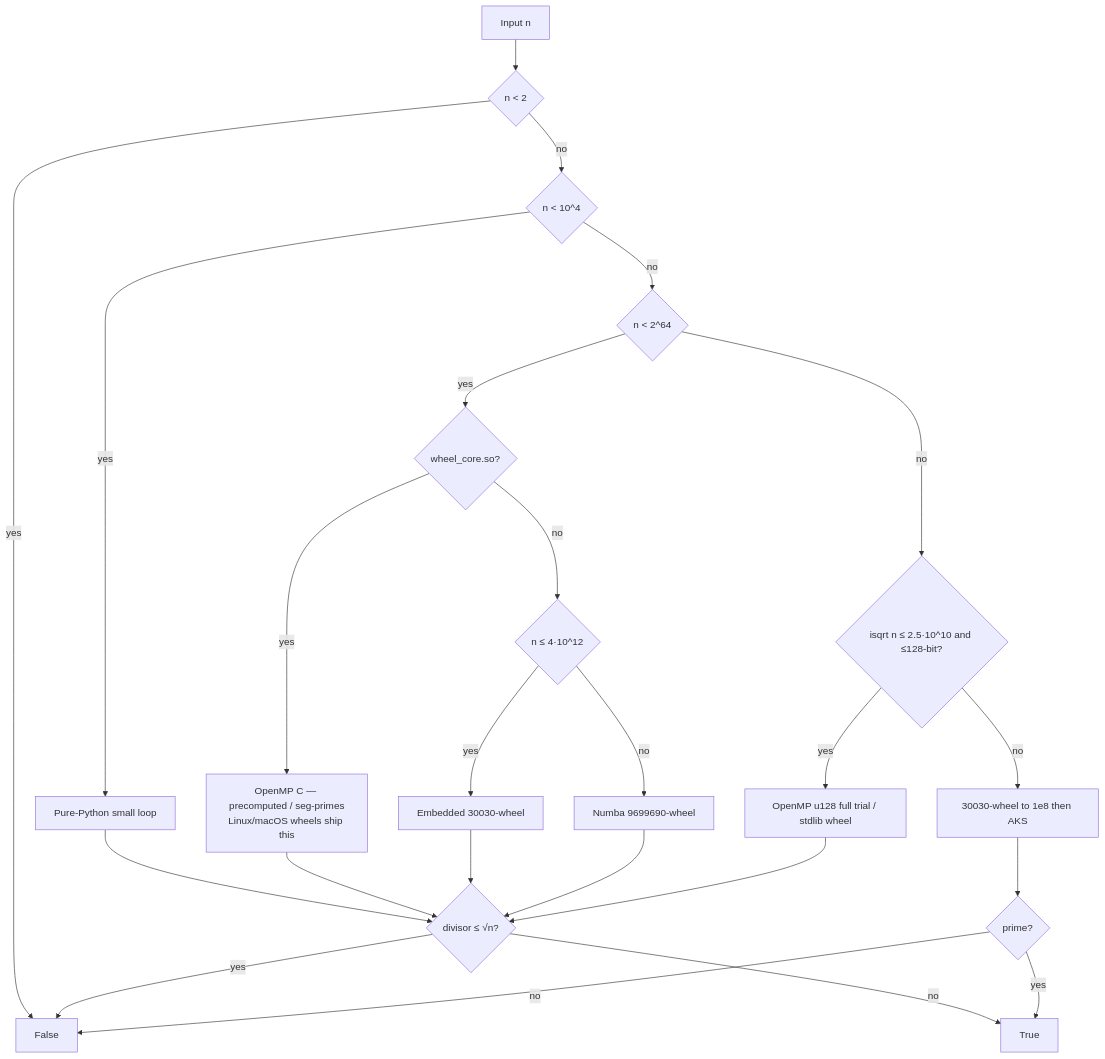
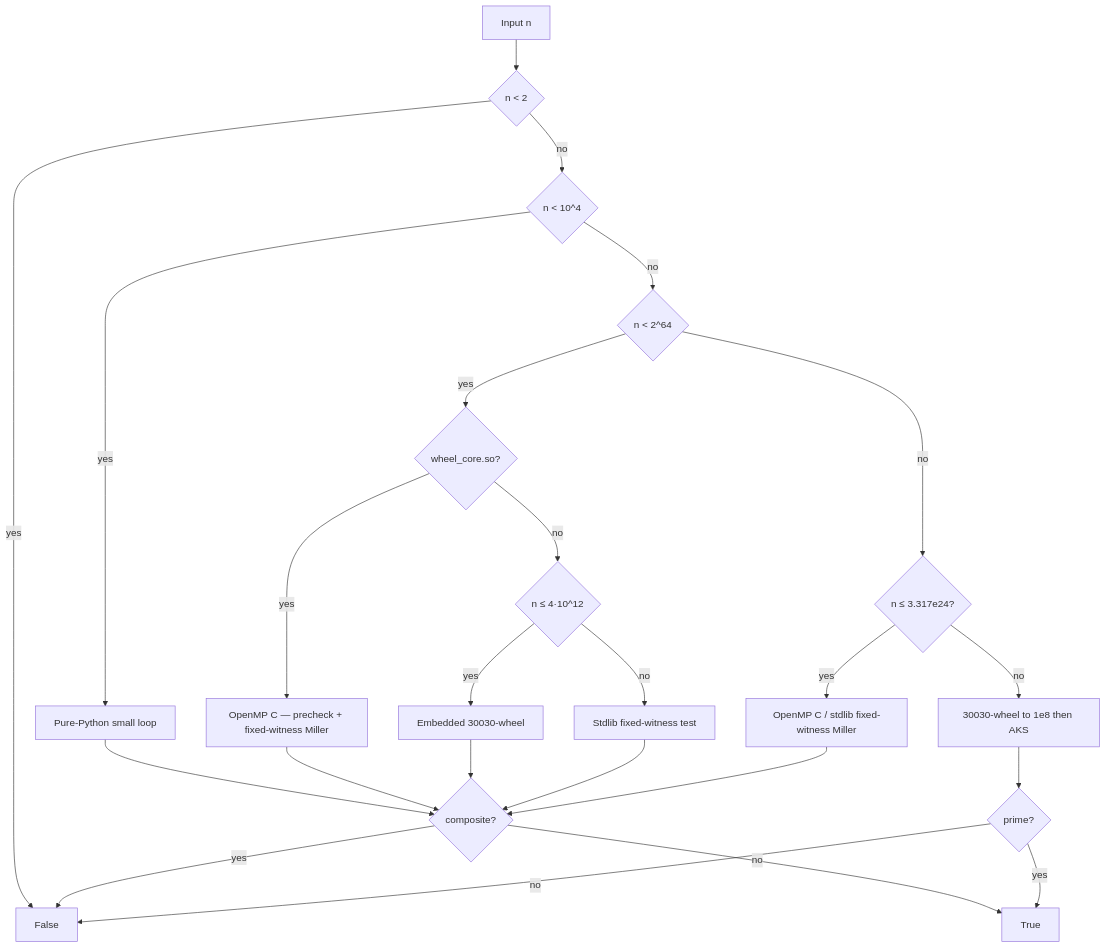
One commit to BurakAhmet/Best-Prime-Number-Function changed the diagram in docs/guide/engines.md. Above: the diagram before and after it, drawn with Mermaid. The commit also changed other lines of this file and 13 other files, not shown here.

First line of the commit message:
feat: deterministic fixed-witness Miller test

````diff
--- a/docs/guide/engines.md
+++ b/docs/guide/engines.md
@@ -20,26 +21,26 @@
 ```mermaid
 flowchart TD
   A[Input n] --> B{n < 2}
   B -->|yes| Z1[False]
   B -->|no| C{n < 10^4}
   C -->|yes| P1[Pure-Python small loop]
   C -->|no| D{n < 2^64}
   D -->|yes| E{wheel_core.so?}
-  E -->|yes| P2[OpenMP C — precomputed / seg-primes<br/>Linux/macOS wheels ship this]
+  E -->|yes| P2[OpenMP C — precheck + fixed-witness Miller]
   E -->|no| F{n ≤ 4·10^12}
   F -->|yes| P3[Embedded 30030-wheel]
-  F -->|no| P4[Numba 9699690-wheel]
-  P1 --> G{divisor ≤ √n?}
+  F -->|no| P4[Stdlib fixed-witness test]
+  P1 --> G{composite?}
   P2 --> G
   P3 --> G
   P4 --> G
   G -->|yes| Z1
   G -->|no| Z2[True]
-  D -->|no| H{isqrt n ≤ 2.5·10^10 and ≤128-bit?}
-  H -->|yes| P5[OpenMP u128 full trial / stdlib wheel]
+  D -->|no| H{n ≤ 3.317e24?}
+  H -->|yes| P5[OpenMP C / stdlib fixed-witness Miller]
   P5 --> G
   H -->|no| I[30030-wheel to 1e8 then AKS]
   I --> L{prime?}
   L -->|yes| Z2
   L -->|no| Z1
 ```
````
